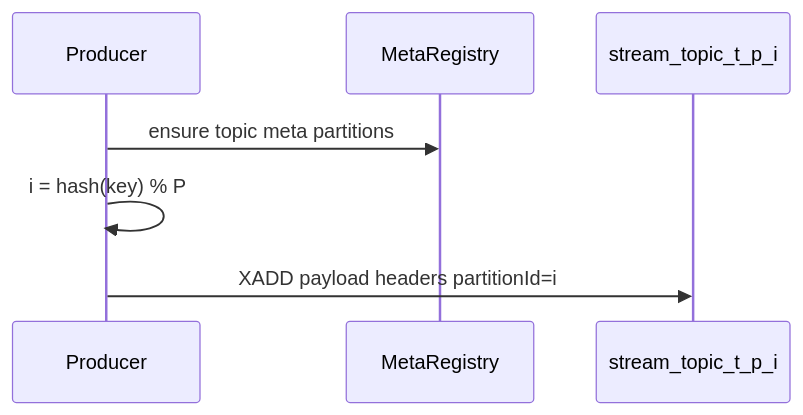
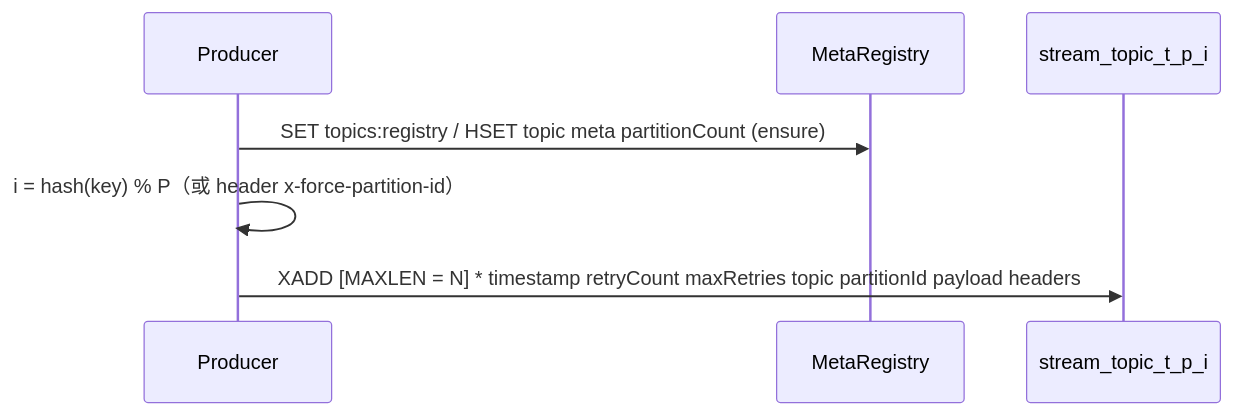
Before and after one commit to cuihairu/redis-streaming: the first of 3 diagrams in docs/MQ-Broker-Interaction.md, drawn with Mermaid. The commit also changed other lines of this file and 26 other files, not shown here.

````diff
--- a/docs/MQ-Broker-Interaction.md
+++ b/docs/MQ-Broker-Interaction.md
@@ -30,9 +43,9 @@
 ```mermaid
 sequenceDiagram
   participant P as Producer
   participant M as MetaRegistry
   participant S as stream_topic_t_p_i
-  P->>M: ensure topic meta partitions
-  P->>P: i = hash(key) % P
-  P->>S: XADD payload headers partitionId=i
+  P->>M: SET topics:registry / HSET topic meta partitionCount (ensure)
+  P->>P: i = hash(key) % P（或 header x-force-partition-id）
+  P->>S: XADD [MAXLEN = N] * timestamp retryCount maxRetries topic partitionId payload headers
 ```
````
